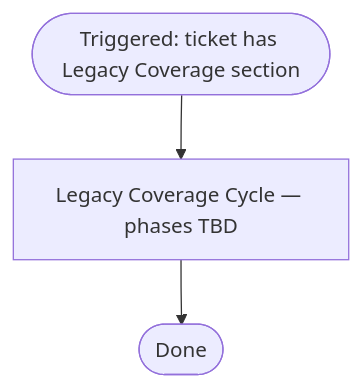
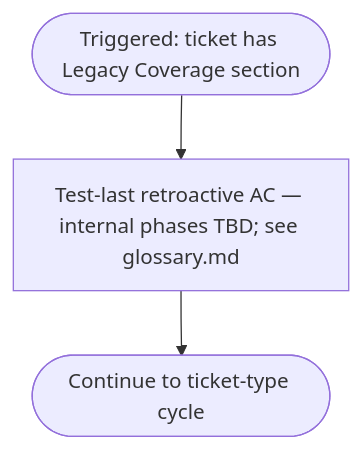
The tenth of 10 diagrams in docs/atdd/process/process-diagram.md (optivem/starter), drawn with Mermaid before and after one commit. The commit also changed other lines of this file and 1 other file, not shown here.

First line of the commit message:
Regenerate process diagrams after AT/CT phase doc split

````diff
--- a/docs/atdd/process/process-diagram.md
+++ b/docs/atdd/process/process-diagram.md
@@ -311,9 +305,9 @@
 ```mermaid
 flowchart TD
     START([Triggered: ticket has Legacy Coverage section])
-    LEGACY_COVERAGE_CYCLE[Legacy Coverage Cycle — phases TBD]
-    END([Done])
+    NOTE[Test-last retroactive AC — internal phases TBD; see glossary.md]
+    NEXT([Continue to ticket-type cycle])
 
-    START --> LEGACY_COVERAGE_CYCLE
-    LEGACY_COVERAGE_CYCLE --> END
+    START --> NOTE
+    NOTE --> NEXT
 ```
````
